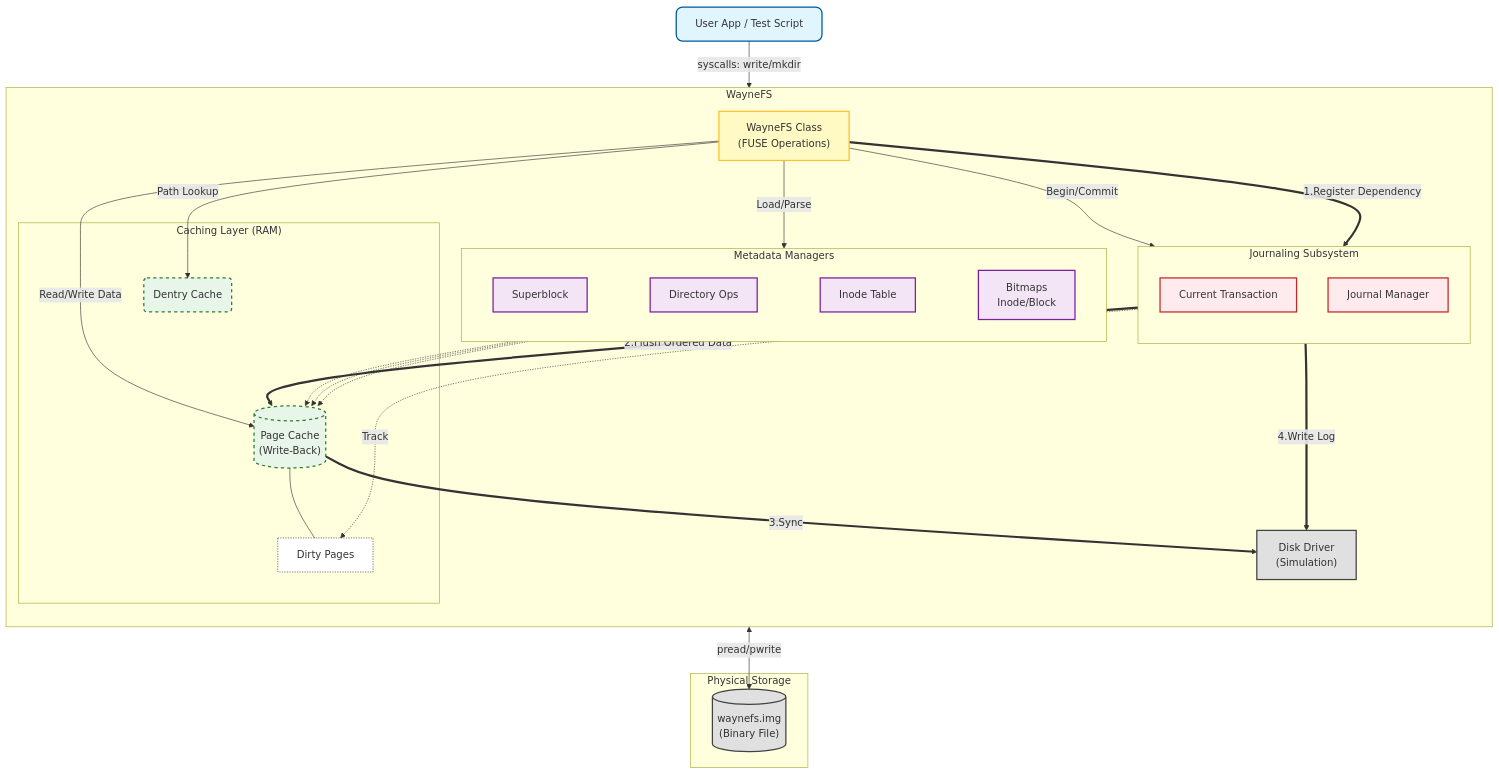
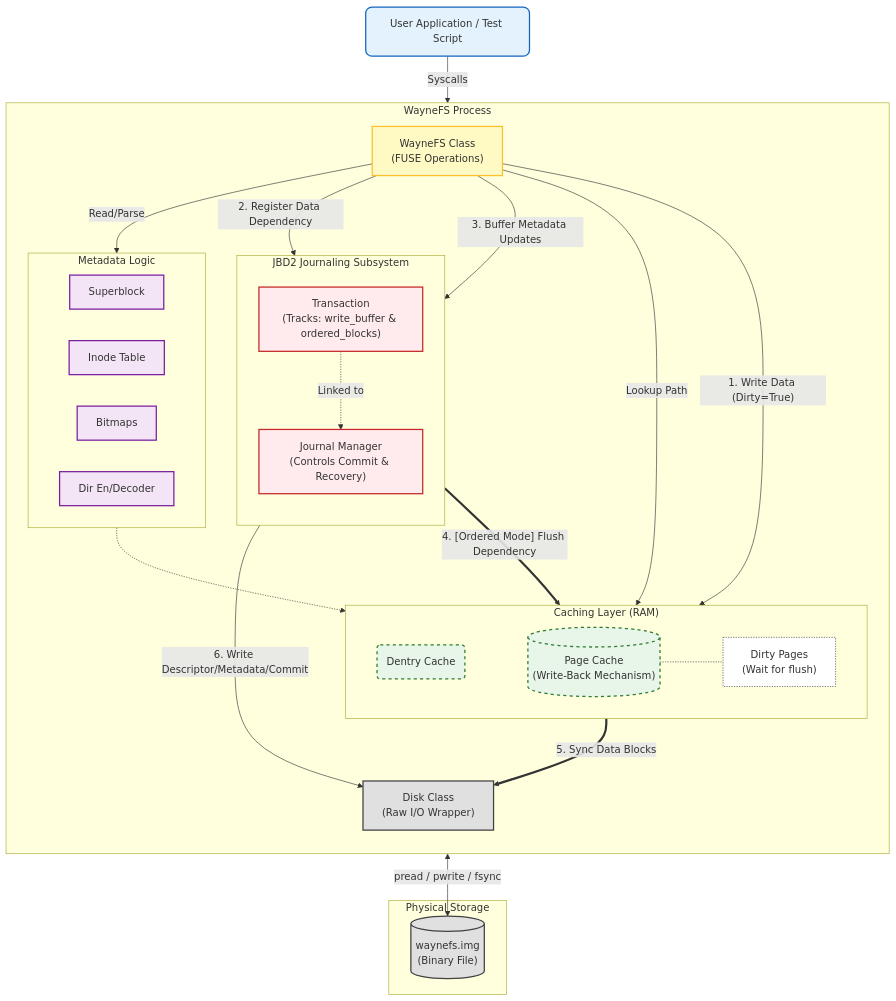
One commit to wayne70211/wayne_fs changed the diagram in README.md. Above: the diagram before and after it, drawn with Mermaid.

Commit message:
[Doc] Update Flow chart

````diff
--- a/README.md
+++ b/README.md
@@ -8,87 +8,90 @@
 ```mermaid
 graph TD
-    %% --- Style ---
-    classDef user fill:#e1f5fe,stroke:#01579b,stroke-width:2px,rx:10,ry:10;
+    %% --- Style Definitions ---
+    classDef user fill:#e3f2fd,stroke:#1565c0,stroke-width:2px,rx:10,ry:10;
     classDef vfs fill:#fff9c4,stroke:#fbc02d,stroke-width:2px;
     classDef cache fill:#e8f5e9,stroke:#2e7d32,stroke-width:2px,stroke-dasharray: 5 5;
     classDef meta fill:#f3e5f5,stroke:#7b1fa2,stroke-width:2px;
     classDef jbd fill:#ffebee,stroke:#c62828,stroke-width:2px;
     classDef disk fill:#e0e0e0,stroke:#424242,stroke-width:2px;
-    classDef note fill:#fff,stroke:#333,stroke-dasharray: 2 2;
+    classDef note fill:#ffffff,stroke:#333333,stroke-dasharray: 2 2;
 
     %% --- 1. User Space ---
-    User[User App / Test Script]:::user
+    User[User Application / Test Script]:::user
     
-    %% --- 2. VFS Interface ---
-    subgraph WayneFS ["WayneFS"]
+    %% --- 2. WayneFS Logic Container ---
+    subgraph WayneFS ["WayneFS Process"]
         direction TB
         
-        VFS["WayneFS Class<br/>(FUSE Operations)"]:::vfs
+        %% Entry Point
+        FUSE_Interface["WayneFS Class<br/>(FUSE Operations)"]:::vfs
         
-        %% --- 3. Memory & Metadata Parallel Layers ---
-        subgraph Caching ["Caching Layer (RAM)"]
+        %% --- Memory Layer ---
+        subgraph Memory_Layer ["Caching Layer (RAM)"]
+            direction LR
             DC(Dentry Cache):::cache
-            PC[("Page Cache<br/>(Write-Back)")]:::cache
-            Dirty[Dirty Pages]:::note
-            PC --- Dirty
+            PC[("Page Cache<br/>(Write-Back Mechanism)")]:::cache
+            Dirty_State["Dirty Pages<br/>(Wait for flush)"]:::note
+            PC -.- Dirty_State
         end
 
-        subgraph Metadata ["Metadata Managers"]
+        %% --- Metadata Logic Layer ---
+        subgraph Metadata_Layer ["Metadata Logic"]
             direction LR
             SB[Superblock]:::meta
-            Ops[Directory Ops]:::meta
             IT[Inode Table]:::meta
-            BM[Bitmaps<br/>Inode/Block]:::meta
+            BM[Bitmaps]:::meta
+            DirOps[Dir En/Decoder]:::meta
         end
 
-        %% --- 4. Journaling Subsystem ---
-        subgraph JBD2 ["Journaling Subsystem"]
+        %% --- Consistency Layer ---
+        subgraph JBD2_Layer ["JBD2 Journaling Subsystem"]
             direction TB
-            TX[Current Transaction]:::jbd
-            JM[Journal Manager]:::jbd
+            TX["Transaction<br/>(Tracks: write_buffer & ordered_blocks)"]:::jbd
+            Journal["Journal Manager<br/>(Controls Commit & Recovery)"]:::jbd
         end
 
-        %% --- 5. Driver Layer ---
-        DiskDriver["Disk Driver<br/>(Simulation)"]:::disk
+        %% --- Driver Layer ---
+        DiskDriver["Disk Class<br/>(Raw I/O Wrapper)"]:::disk
     end
 
-    %% --- 6. Physical Storage ---
+    %% --- 3. Physical Storage ---
     subgraph Storage ["Physical Storage"]
         Img[("waynefs.img<br/>(Binary File)")]:::disk
     end
 
-    %% === 連線邏輯 ===
+    %% ==========================================
+    %% Connections & Logic Flow
+    %% ==========================================
+
+    %% 1. User Interaction
+    User -->|Syscalls| FUSE_Interface
+
+    %% 2. Cache Interaction (Read/Write Path)
+    FUSE_Interface -->|Lookup Path| DC
+    FUSE_Interface -- "1. Write Data (Dirty=True)" --> PC
     
-    %% User -> VFS
-    User -->|syscalls: write/mkdir| VFS
+    %% 3. Metadata Parsing
+    FUSE_Interface -- Read/Parse --> Metadata_Layer
+    Metadata_Layer -.-> PC
 
-    %% VFS -> Caching
-    VFS -->|Path Lookup| DC
-    VFS -->|Read/Write Data| PC
+    %% 4. Transaction Setup
+    FUSE_Interface -- "2. Register Data Dependency" --> TX
+    FUSE_Interface -- "3. Buffer Metadata Updates" --> TX
     
-    %% VFS -> Metadata
-    VFS -- Load/Parse --> Metadata
-    Ops -.-> PC
-    IT -.-> PC
-    BM -.-> PC
+    %% 5. JBD2 Commit Process (The Critical Path)
+    TX -.->|Linked to| Journal
+    
+    %% Ordered Mode Enforcement (Red Lines)
+    Journal == "4. [Ordered Mode] Flush Dependency" ==> PC
+    PC == "5. Sync Data Blocks" ==> DiskDriver
+    
+    %% Journal Logging
+    Journal -- "6. Write Descriptor/Metadata/Commit" --> DiskDriver
 
-    %% VFS -> JBD2 (Normal Flow)
-    VFS -->|Begin/Commit| JM
-    
-    %% === 關鍵路徑: Ordered Mode (紅色) ===
-    VFS == 1.Register Dependency ==> TX
-    TX -.->|Track| Dirty
-    JM == 2.Flush Ordered Data ==> PC
-    PC == 3.Sync ==> DiskDriver
-    
-    %% JBD2 -> Disk (Metadata Log)
-    JM == 4.Write Log ==> DiskDriver
+    %% Driver Output
+    DiskDriver <-->|pread / pwrite / fsync| Img
 
-    %% Disk Driver -> Storage
-    DiskDriver <-->|pread/pwrite| Img
-
-    %% Layout Tuning
+    %% Layout Adjustments
     DC ~~~ PC
-    SB ~~~ Ops ~~~ IT ~~~ BM
-
 ```
````
